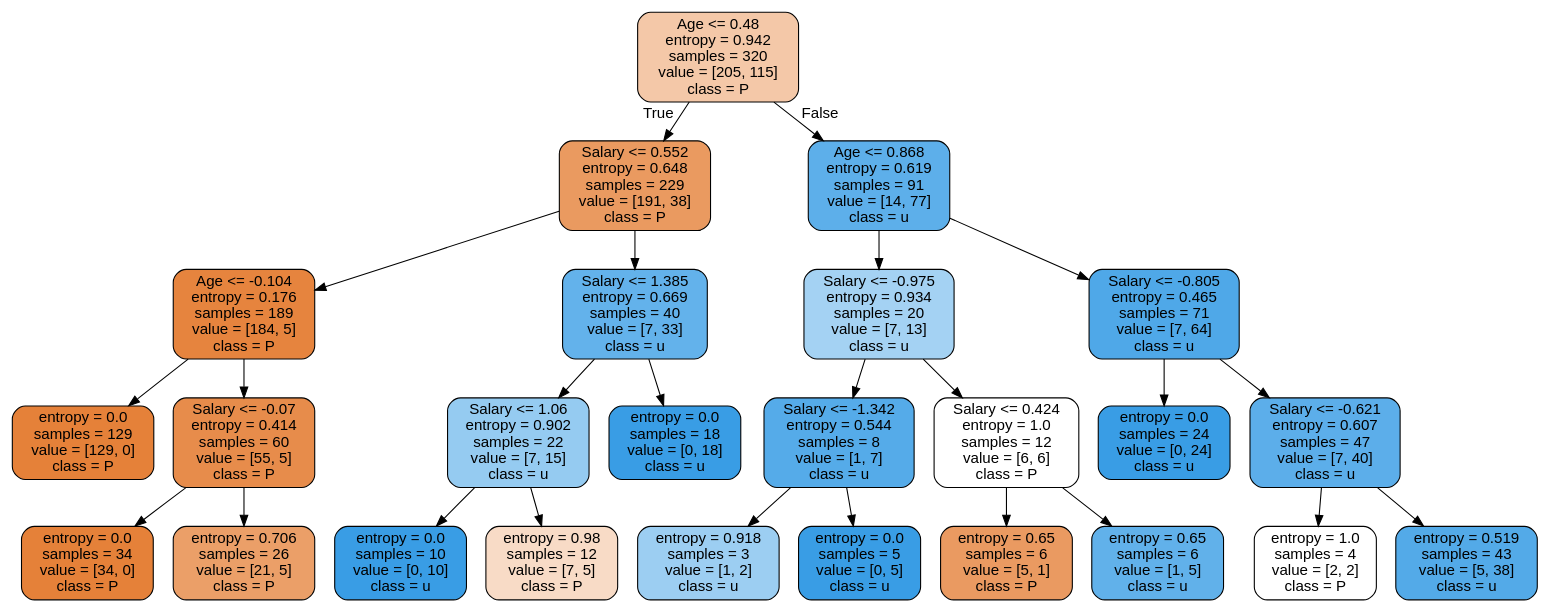
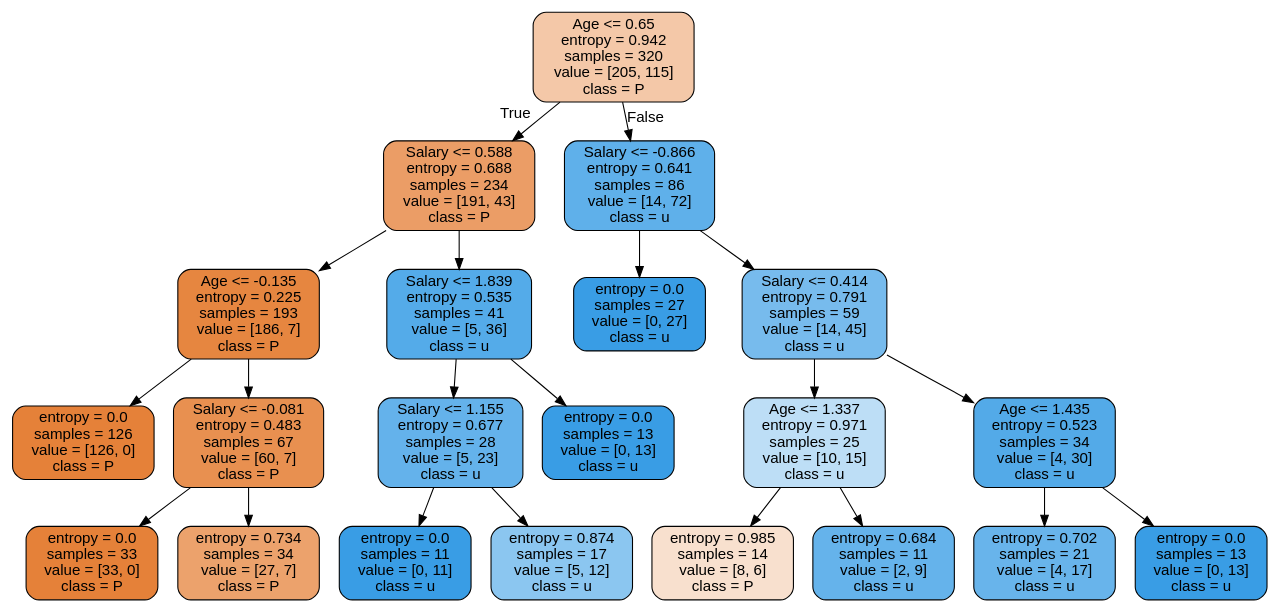
One commit to blitzkz23/classification-social-ads-network changed the diagram in decision-tree.dot. Above: the diagram before and after it, drawn with Graphviz. The commit also changed 5 other files, not shown here.

```diff
--- a/decision-tree.dot
+++ b/decision-tree.dot
@@ -1,53 +1,45 @@
 digraph Tree {
 node [shape=box, style="filled, rounded", color="black", fontname=helvetica] ;
 edge [fontname=helvetica] ;
-0 [label="Age <= 0.48\nentropy = 0.942\nsamples = 320\nvalue = [205, 115]\nclass = P", fillcolor="#f4c8a8"] ;
-1 [label="Salary <= 0.552\nentropy = 0.648\nsamples = 229\nvalue = [191, 38]\nclass = P", fillcolor="#ea9a60"] ;
+0 [label="Age <= 0.65\nentropy = 0.942\nsamples = 320\nvalue = [205, 115]\nclass = P", fillcolor="#f4c8a8"] ;
+1 [label="Salary <= 0.588\nentropy = 0.688\nsamples = 234\nvalue = [191, 43]\nclass = P", fillcolor="#eb9d66"] ;
 0 -> 1 [labeldistance=2.5, labelangle=45, headlabel="True"] ;
-3 [label="Age <= -0.104\nentropy = 0.176\nsamples = 189\nvalue = [184, 5]\nclass = P", fillcolor="#e6843e"] ;
+3 [label="Age <= -0.135\nentropy = 0.225\nsamples = 193\nvalue = [186, 7]\nclass = P", fillcolor="#e68640"] ;
 1 -> 3 ;
-5 [label="entropy = 0.0\nsamples = 129\nvalue = [129, 0]\nclass = P", fillcolor="#e58139"] ;
+5 [label="entropy = 0.0\nsamples = 126\nvalue = [126, 0]\nclass = P", fillcolor="#e58139"] ;
 3 -> 5 ;
-6 [label="Salary <= -0.07\nentropy = 0.414\nsamples = 60\nvalue = [55, 5]\nclass = P", fillcolor="#e78c4b"] ;
+6 [label="Salary <= -0.081\nentropy = 0.483\nsamples = 67\nvalue = [60, 7]\nclass = P", fillcolor="#e89050"] ;
 3 -> 6 ;
-11 [label="entropy = 0.0\nsamples = 34\nvalue = [34, 0]\nclass = P", fillcolor="#e58139"] ;
-6 -> 11 ;
-12 [label="entropy = 0.706\nsamples = 26\nvalue = [21, 5]\nclass = P", fillcolor="#eb9f68"] ;
-6 -> 12 ;
-4 [label="Salary <= 1.385\nentropy = 0.669\nsamples = 40\nvalue = [7, 33]\nclass = u", fillcolor="#63b2eb"] ;
+9 [label="entropy = 0.0\nsamples = 33\nvalue = [33, 0]\nclass = P", fillcolor="#e58139"] ;
+6 -> 9 ;
+10 [label="entropy = 0.734\nsamples = 34\nvalue = [27, 7]\nclass = P", fillcolor="#eca26c"] ;
+6 -> 10 ;
+4 [label="Salary <= 1.839\nentropy = 0.535\nsamples = 41\nvalue = [5, 36]\nclass = u", fillcolor="#54abe9"] ;
 1 -> 4 ;
-7 [label="Salary <= 1.06\nentropy = 0.902\nsamples = 22\nvalue = [7, 15]\nclass = u", fillcolor="#95cbf1"] ;
-4 -> 7 ;
-9 [label="entropy = 0.0\nsamples = 10\nvalue = [0, 10]\nclass = u", fillcolor="#399de5"] ;
-7 -> 9 ;
-10 [label="entropy = 0.98\nsamples = 12\nvalue = [7, 5]\nclass = P", fillcolor="#f8dbc6"] ;
-7 -> 10 ;
-8 [label="entropy = 0.0\nsamples = 18\nvalue = [0, 18]\nclass = u", fillcolor="#399de5"] ;
-4 -> 8 ;
-2 [label="Age <= 0.868\nentropy = 0.619\nsamples = 91\nvalue = [14, 77]\nclass = u", fillcolor="#5dafea"] ;
+15 [label="Salary <= 1.155\nentropy = 0.677\nsamples = 28\nvalue = [5, 23]\nclass = u", fillcolor="#64b2eb"] ;
+4 -> 15 ;
+17 [label="entropy = 0.0\nsamples = 11\nvalue = [0, 11]\nclass = u", fillcolor="#399de5"] ;
+15 -> 17 ;
+18 [label="entropy = 0.874\nsamples = 17\nvalue = [5, 12]\nclass = u", fillcolor="#8bc6f0"] ;
+15 -> 18 ;
+16 [label="entropy = 0.0\nsamples = 13\nvalue = [0, 13]\nclass = u", fillcolor="#399de5"] ;
+4 -> 16 ;
+2 [label="Salary <= -0.866\nentropy = 0.641\nsamples = 86\nvalue = [14, 72]\nclass = u", fillcolor="#5fb0ea"] ;
 0 -> 2 [labeldistance=2.5, labelangle=-45, headlabel="False"] ;
-13 [label="Salary <= -0.975\nentropy = 0.934\nsamples = 20\nvalue = [7, 13]\nclass = u", fillcolor="#a4d2f3"] ;
-2 -> 13 ;
-17 [label="Salary <= -1.342\nentropy = 0.544\nsamples = 8\nvalue = [1, 7]\nclass = u", fillcolor="#55abe9"] ;
-13 -> 17 ;
-23 [label="entropy = 0.918\nsamples = 3\nvalue = [1, 2]\nclass = u", fillcolor="#9ccef2"] ;
-17 -> 23 ;
-24 [label="entropy = 0.0\nsamples = 5\nvalue = [0, 5]\nclass = u", fillcolor="#399de5"] ;
-17 -> 24 ;
-18 [label="Salary <= 0.424\nentropy = 1.0\nsamples = 12\nvalue = [6, 6]\nclass = P", fillcolor="#ffffff"] ;
-13 -> 18 ;
-19 [label="entropy = 0.65\nsamples = 6\nvalue = [5, 1]\nclass = P", fillcolor="#ea9a61"] ;
-18 -> 19 ;
-20 [label="entropy = 0.65\nsamples = 6\nvalue = [1, 5]\nclass = u", fillcolor="#61b1ea"] ;
-18 -> 20 ;
-14 [label="Salary <= -0.805\nentropy = 0.465\nsamples = 71\nvalue = [7, 64]\nclass = u", fillcolor="#4fa8e8"] ;
-2 -> 14 ;
-15 [label="entropy = 0.0\nsamples = 24\nvalue = [0, 24]\nclass = u", fillcolor="#399de5"] ;
-14 -> 15 ;
-16 [label="Salary <= -0.621\nentropy = 0.607\nsamples = 47\nvalue = [7, 40]\nclass = u", fillcolor="#5caeea"] ;
-14 -> 16 ;
-21 [label="entropy = 1.0\nsamples = 4\nvalue = [2, 2]\nclass = P", fillcolor="#ffffff"] ;
-16 -> 21 ;
-22 [label="entropy = 0.519\nsamples = 43\nvalue = [5, 38]\nclass = u", fillcolor="#53aae8"] ;
-16 -> 22 ;
+7 [label="entropy = 0.0\nsamples = 27\nvalue = [0, 27]\nclass = u", fillcolor="#399de5"] ;
+2 -> 7 ;
+8 [label="Salary <= 0.414\nentropy = 0.791\nsamples = 59\nvalue = [14, 45]\nclass = u", fillcolor="#77bbed"] ;
+2 -> 8 ;
+11 [label="Age <= 1.337\nentropy = 0.971\nsamples = 25\nvalue = [10, 15]\nclass = u", fillcolor="#bddef6"] ;
+8 -> 11 ;
+19 [label="entropy = 0.985\nsamples = 14\nvalue = [8, 6]\nclass = P", fillcolor="#f8e0ce"] ;
+11 -> 19 ;
+20 [label="entropy = 0.684\nsamples = 11\nvalue = [2, 9]\nclass = u", fillcolor="#65b3eb"] ;
+11 -> 20 ;
+12 [label="Age <= 1.435\nentropy = 0.523\nsamples = 34\nvalue = [4, 30]\nclass = u", fillcolor="#53aae8"] ;
+8 -> 12 ;
+13 [label="entropy = 0.702\nsamples = 21\nvalue = [4, 17]\nclass = u", fillcolor="#68b4eb"] ;
+12 -> 13 ;
+14 [label="entropy = 0.0\nsamples = 13\nvalue = [0, 13]\nclass = u", fillcolor="#399de5"] ;
+12 -> 14 ;
 }
```
